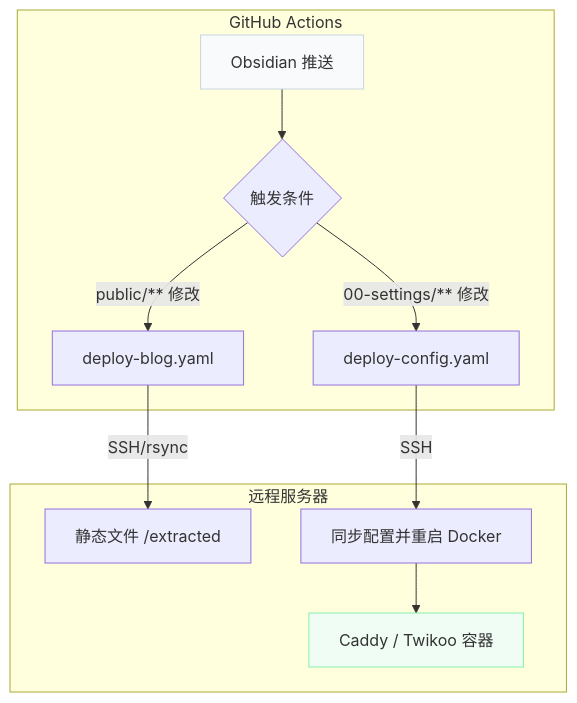
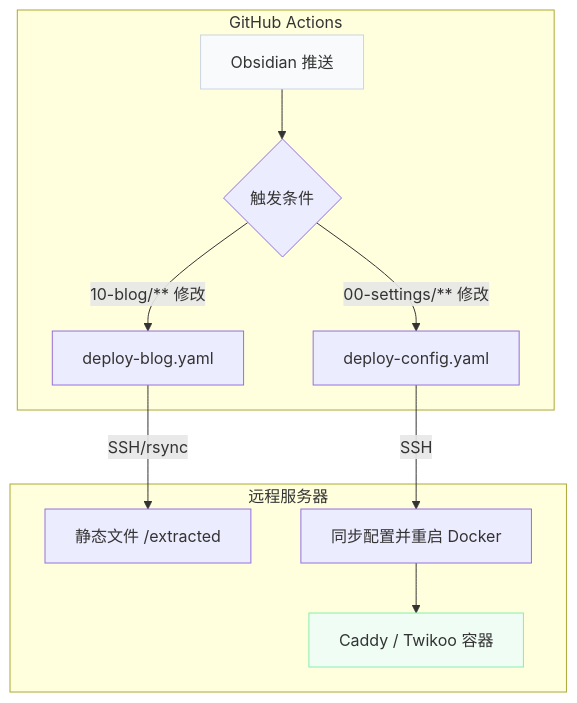
One commit to iceprosurface/astro-blog changed the second of 2 diagrams in src/content/blog/杂记/博客开发与维护/服务器配置迁移记录.md. Above: the diagram before and after it, drawn with Mermaid. The commit also changed other lines of this file and 1 other file, not shown here.

````diff
--- a/src/content/blog/杂记/博客开发与维护/服务器配置迁移记录.md
+++ b/src/content/blog/杂记/博客开发与维护/服务器配置迁移记录.md
@@ -120,17 +120,17 @@
 ```mermaid
 graph TD
     subgraph "GitHub Actions"
         A[Obsidian 推送] --> B{触发条件}
-        B -- "public/** 修改" --> C[deploy-blog.yaml]
+        B -- "10-blog/** 修改" --> C[deploy-blog.yaml]
         B -- "00-settings/** 修改" --> D[deploy-config.yaml]
     end
 
     subgraph "远程服务器"
         C -- "SSH/rsync" --> E[静态文件 /extracted]
         D -- "SSH" --> F[同步配置并重启 Docker]
         F --> G[Caddy / Twikoo 容器]
     end
     
     style A fill:#f8fafc,stroke:#cbd5e1
     style G fill:#f0fdf4,stroke:#86efac
 ```
````
